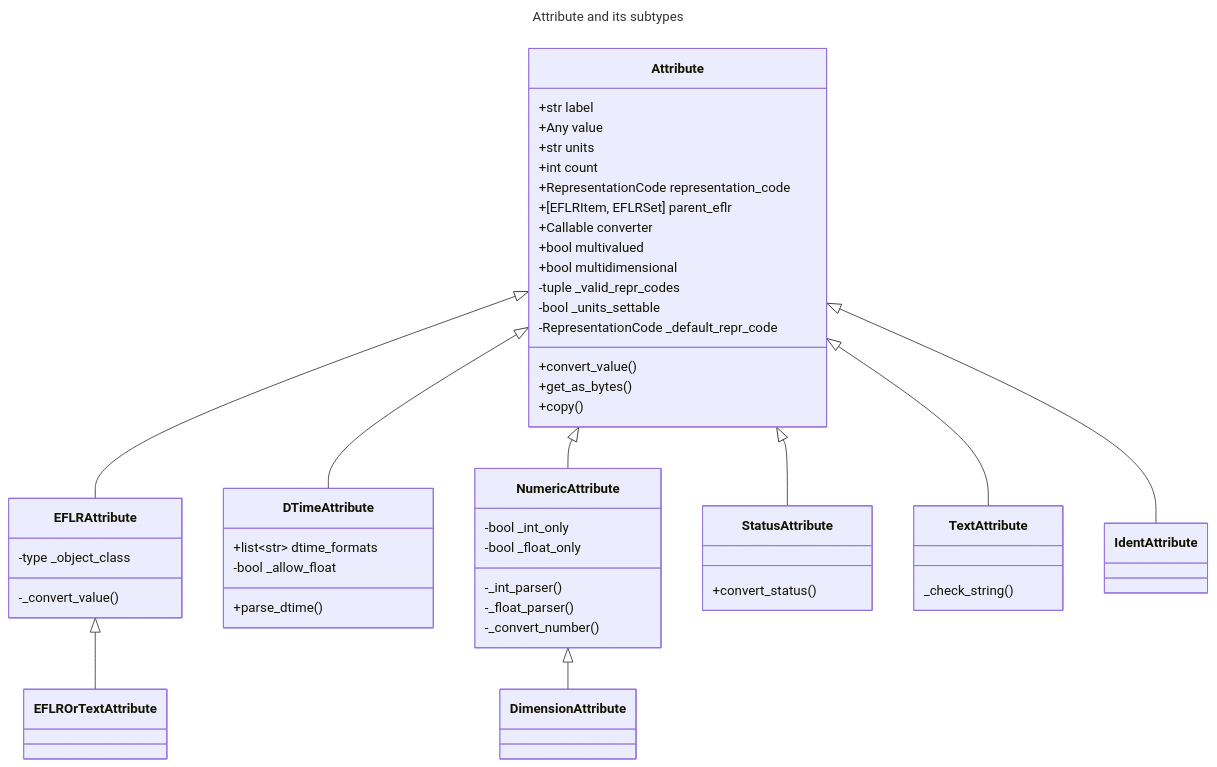
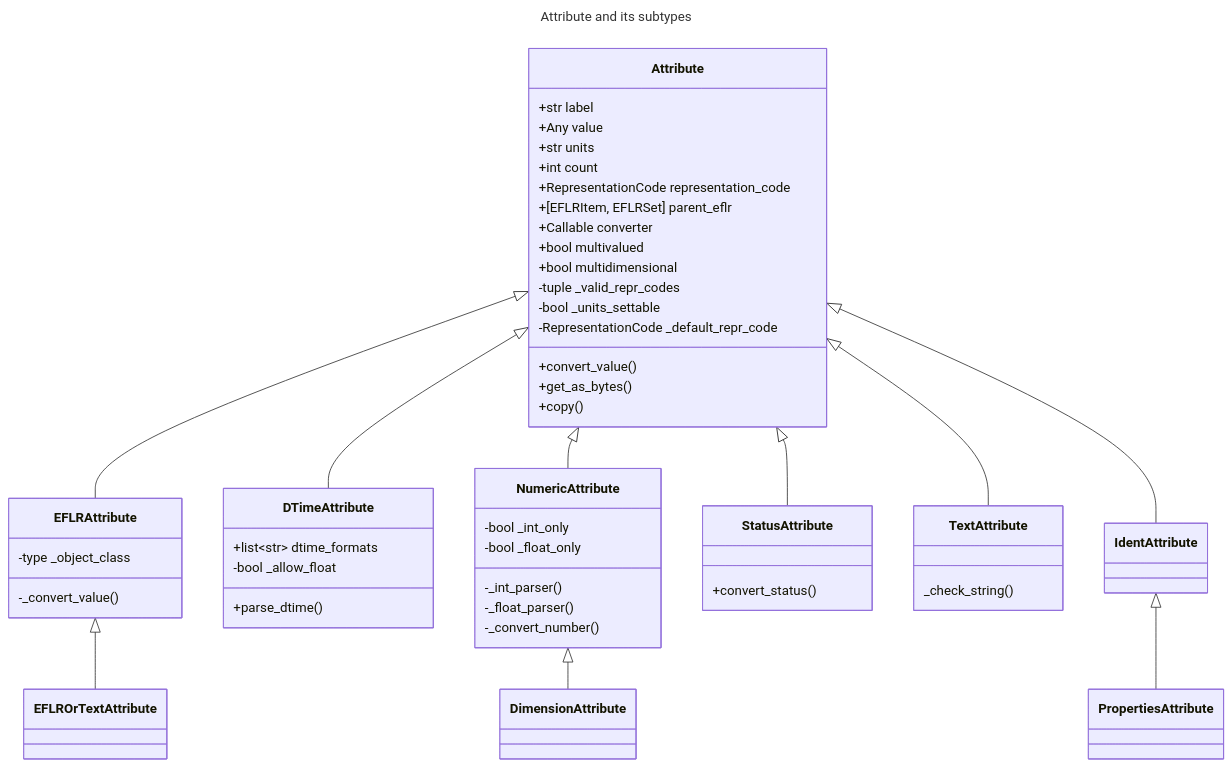
Before and after one commit to well-id/dliswriter: the diagram in docs/developerguide/class-diagrams/attributes.mmd, drawn with Mermaid. The commit also changed 1 other file, not shown here.

Commit message:
[Enums] Described PropertiesEnum in docs

```diff
--- a/docs/developerguide/class-diagrams/attributes.mmd
+++ b/docs/developerguide/class-diagrams/attributes.mmd
@@ -1,66 +1,71 @@
 ---
 title: Attribute and its subtypes
 ---
 classDiagram
     Attribute <|-- EFLRAttribute
     EFLRAttribute <|-- EFLROrTextAttribute
     Attribute <|-- DTimeAttribute
     Attribute <|-- NumericAttribute
     NumericAttribute <|-- DimensionAttribute
     Attribute <|-- StatusAttribute
     Attribute <|-- TextAttribute
     Attribute <|-- IdentAttribute
+    IdentAttribute <|-- PropertiesAttribute
 
 
     class Attribute{
         +str label
         +Any value
         +str units
         +int count
         +RepresentationCode representation_code
         +[EFLRItem, EFLRSet] parent_eflr
         +Callable converter
         +bool multivalued
         +bool multidimensional
         -tuple _valid_repr_codes
         -bool _units_settable
         -RepresentationCode _default_repr_code
 
         +convert_value()
         +get_as_bytes()
         +copy()
     }
 
     class EFLRAttribute{
         -type _object_class
 
         -_convert_value()
     }
 
     class DTimeAttribute{
         +list~str~ dtime_formats
         -bool _allow_float
 
         +parse_dtime()
     }
 
     class NumericAttribute{
         -bool _int_only
         -bool _float_only
 
         -_int_parser()
         -_float_parser()
         -_convert_number()
     }
 
     class StatusAttribute{
         +convert_status()
     }
 
     class TextAttribute{
         _check_string()
     }
 
     class IdentAttribute{
 
     }
+
+    class PropertiesAttribute{
+
+    }
```
